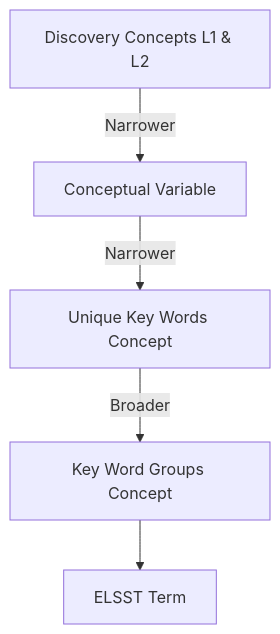
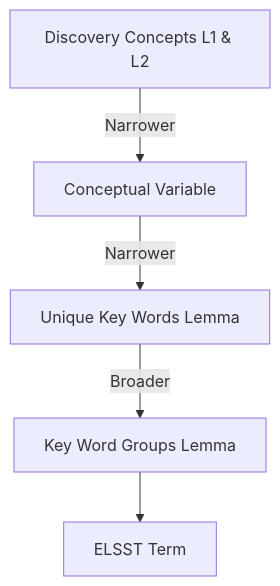
Before and after one commit to CLOSER-Cohorts/closer-vocabulary-2026: the fourth of 4 diagrams in README.md, drawn with Mermaid. The commit also changed other lines of this file, not shown here.

````diff
--- a/README.md
+++ b/README.md
@@ -98,10 +98,10 @@
 ``` mermaid
 
 flowchart TD
 
  Concepts[Discovery Concepts L1 & L2]  -- "Narrower" --> CV[Conceptual Variable]
- CV -- "Narrower" --> KWP[Unique Key Words Concept]
- KWP -- "Broader" --> KWPG[Key Word Groups Concept]
- KWPG --> ELSST[ELSST Term]
+ CV -- "Narrower" --> KWL[Unique Key Words Lemma]
+ KWL -- "Broader" --> KWLG[Key Word Groups Lemma]
+ KWLG --> ELSST[ELSST Term]
 
 ```
````
